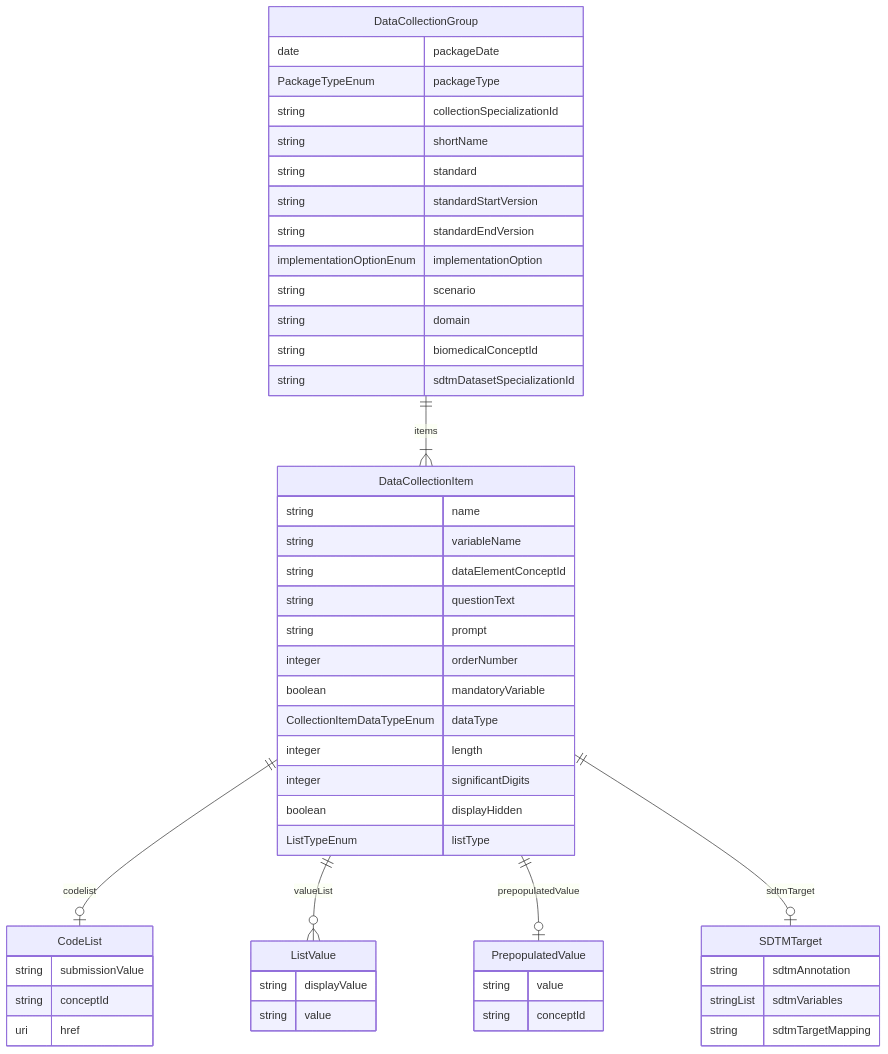
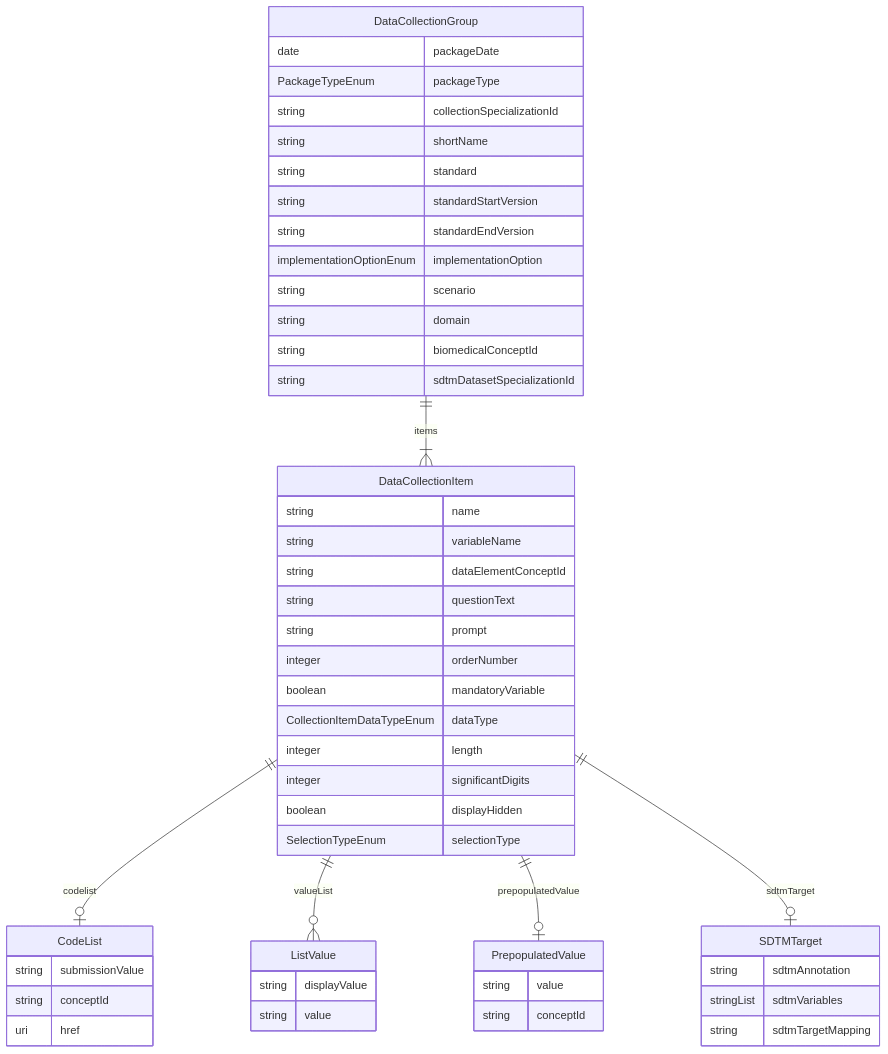
One commit to cdisc-org/COSMoS changed the diagram in model/cosmos_collection_bc_model.md. Above: the diagram before and after it, drawn with Mermaid. The commit also changed 52 other files, not shown here.

````diff
--- a/model/cosmos_collection_bc_model.md
+++ b/model/cosmos_collection_bc_model.md
@@ -1,56 +1,56 @@
 ```mermaid
 erDiagram
 DataCollectionGroup {
     date packageDate  
     PackageTypeEnum packageType  
     string collectionSpecializationId  
     string shortName  
     string standard  
     string standardStartVersion  
     string standardEndVersion  
     implementationOptionEnum implementationOption  
     string scenario  
     string domain  
     string biomedicalConceptId  
     string sdtmDatasetSpecializationId  
 }
 DataCollectionItem {
     string name  
     string variableName  
     string dataElementConceptId  
     string questionText  
     string prompt  
     integer orderNumber  
     boolean mandatoryVariable  
     CollectionItemDataTypeEnum dataType  
     integer length  
     integer significantDigits  
     boolean displayHidden  
-    ListTypeEnum listType  
+    SelectionTypeEnum selectionType  
 }
 ListValue {
     string displayValue  
     string value  
 }
 PrepopulatedValue {
     string value  
     string conceptId  
 }
 CodeList {
     string submissionValue  
     string conceptId  
     uri href  
 }
 SDTMTarget {
     string sdtmAnnotation  
     stringList sdtmVariables  
     string sdtmTargetMapping  
 }
 
 DataCollectionGroup ||--}| DataCollectionItem : "items"
 DataCollectionItem ||--|o CodeList : "codelist"
 DataCollectionItem ||--}o ListValue : "valueList"
 DataCollectionItem ||--|o PrepopulatedValue : "prepopulatedValue"
 DataCollectionItem ||--|o SDTMTarget : "sdtmTarget"
 
 ```
````
